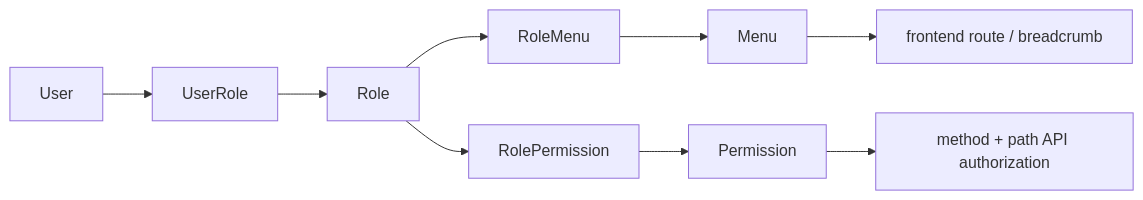
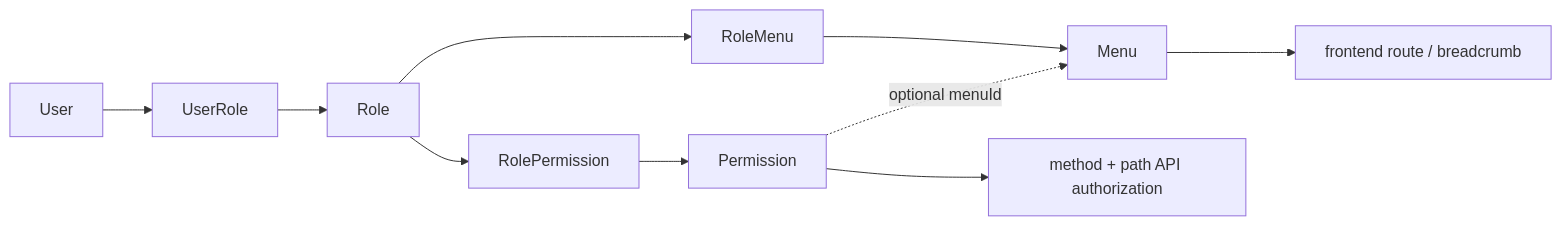
One commit to yaoxia0703/manpower-blog-monorepo changed the diagram in manpower-blog-backend/dos/API-DESIGN.md. Above: the diagram before and after it, drawn with Mermaid. The commit also changed other lines of this file and 49 other files, not shown here.

````diff
--- a/manpower-blog-backend/dos/API-DESIGN.md
+++ b/manpower-blog-backend/dos/API-DESIGN.md
@@ -227,8 +234,9 @@
 ```mermaid
 flowchart LR
     User --> UserRole --> Role
     Role --> RoleMenu --> Menu
     Role --> RolePermission --> Permission
+    Permission -. optional menuId .-> Menu
     Menu --> FrontendRoute["frontend route / breadcrumb"]
     Permission --> ApiAuth["method + path API authorization"]
 ```
````
